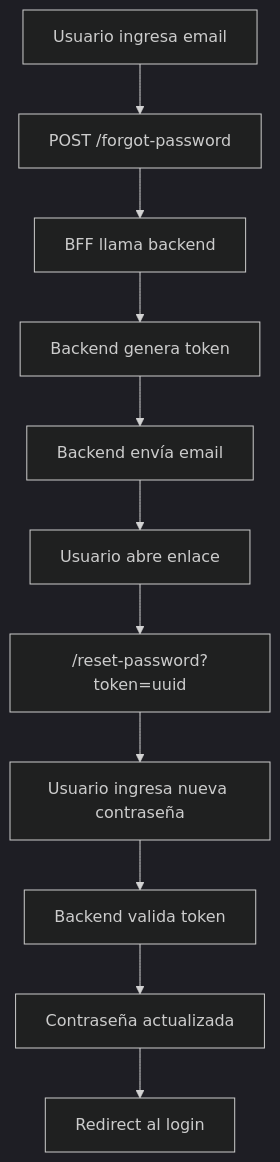
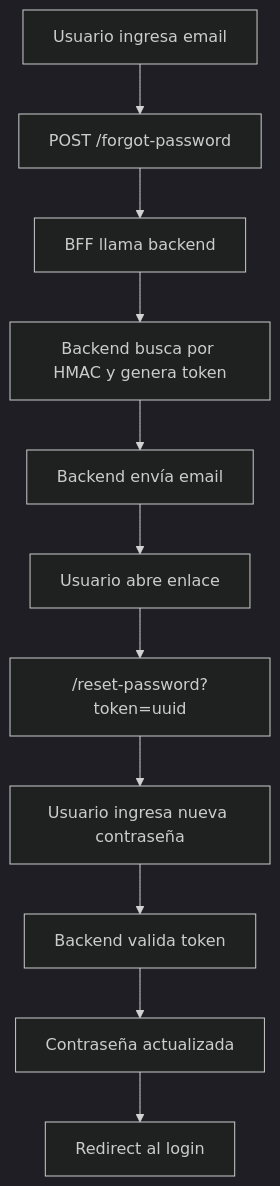
The second of 3 diagrams in README.md (Proyecto-final-4/frontend), drawn with Mermaid (dark theme) before and after one commit. The commit also changed other lines of this file, not shown here.

````diff
--- a/README.md
+++ b/README.md
@@ -261,13 +257,13 @@
 ```mermaid
 flowchart TD
     A["Usuario ingresa email"] --> B["POST /forgot-password"]
     B --> C["BFF llama backend"]
-    C --> D["Backend genera token"]
+    C --> D["Backend busca por HMAC y genera token"]
     D --> E["Backend envía email"]
     E --> F["Usuario abre enlace"]
     F --> G["/reset-password?token=uuid"]
     G --> H["Usuario ingresa nueva contraseña"]
     H --> I["Backend valida token"]
     I --> J["Contraseña actualizada"]
     J --> K["Redirect al login"]
 ```
````
